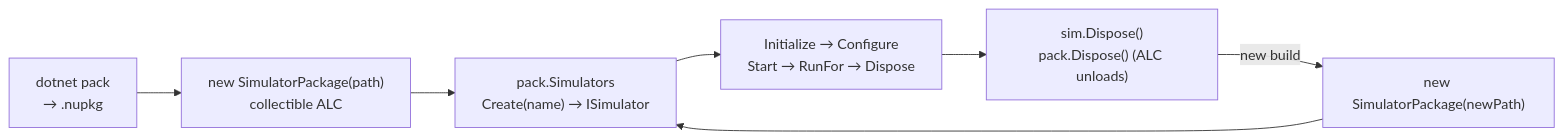
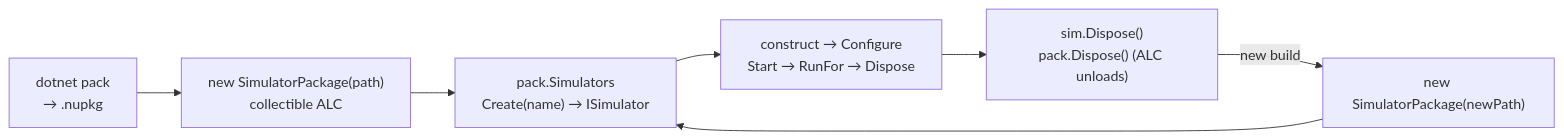
Before and after one commit to SimulaSharp-org/simulasharp-docs: the second of 2 diagrams in public/content/scenario-pack-and-load.md, drawn with Mermaid. The commit also changed other lines of this file and 28 other files, not shown here.

````diff
--- a/public/content/scenario-pack-and-load.md
+++ b/public/content/scenario-pack-and-load.md
@@ -93,9 +92,9 @@
 ```mermaid
 flowchart LR
   P["dotnet pack<br/>→ .nupkg"] --> L["new SimulatorPackage(path)<br/>collectible ALC"]
   L --> D["pack.Simulators<br/>Create(name) → ISimulator"]
-  D --> R["Initialize → Configure<br/>Start → RunFor → Dispose"]
+  D --> R["construct → Configure<br/>Start → RunFor → Dispose"]
   R --> U["sim.Dispose()<br/>pack.Dispose() (ALC unloads)"]
   U -->|"new build"| L2["new SimulatorPackage(newPath)"]
   L2 --> D
 ```
````
